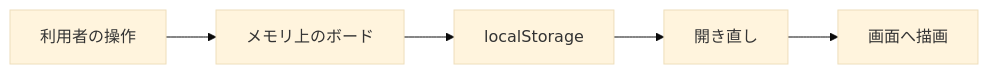
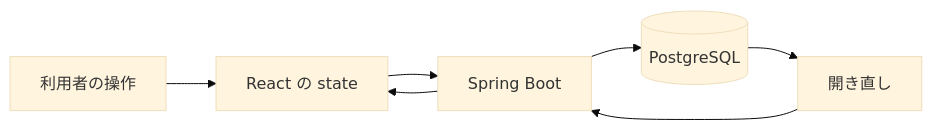
One commit to pfgnsb/kadai-kanri-board changed the eighth of 8 diagrams in ドキュメント/要件定義書.md. Above: the diagram before and after it, drawn with Mermaid (base theme). The commit also changed other lines of this file and 4 other files, not shown here.

````diff
--- a/ドキュメント/要件定義書.md
+++ b/ドキュメント/要件定義書.md
@@ -359,7 +326,9 @@
 ```mermaid
 flowchart LR
-  user[利用者の操作] --> mem[メモリ上のボード]
-  mem --> ls[localStorage]
-  ls --> reload[開き直し]
-  reload --> render[画面へ描画]
+  user[利用者の操作] --> react[React の state]
+  react --> api[Spring Boot]
+  api --> pg[(PostgreSQL)]
+  pg --> reload[開き直し]
+  reload --> api
+  api --> react
 ```
````
